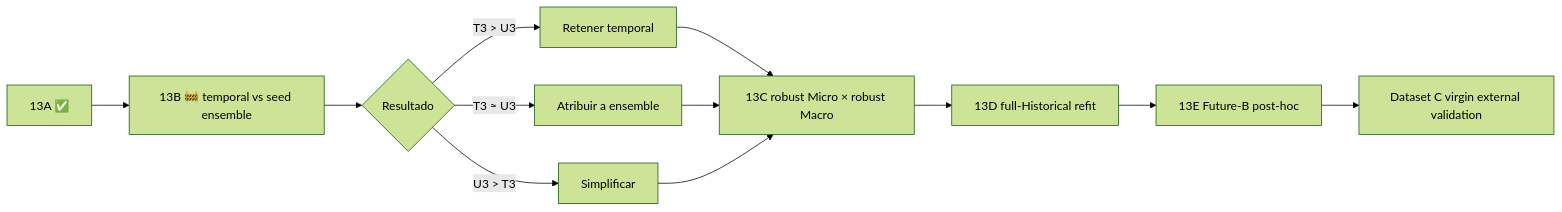
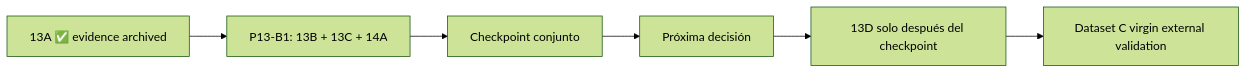
The second of 2 diagrams in docs/EXPERIMENT_MAP.md (a52290451/ltd-attack), drawn with Mermaid (forest theme) before and after one commit. The commit also changed other lines of this file and 19 other files, not shown here.

````diff
--- a/docs/EXPERIMENT_MAP.md
+++ b/docs/EXPERIMENT_MAP.md
@@ -519,14 +534,8 @@
 ```mermaid
 flowchart LR
-    A["13A ✅"] --> B["13B 🚧 temporal vs seed ensemble"]
-    B --> C{"Resultado"}
-    C -- "T3 > U3" --> D["Retener temporal"]
-    C -- "T3 ≈ U3" --> E["Atribuir a ensemble"]
-    C -- "U3 > T3" --> F["Simplificar"]
-    D --> G["13C robust Micro × robust Macro"]
-    E --> G
-    F --> G
-    G --> H["13D full-Historical refit"]
-    H --> I["13E Future-B post-hoc"]
-    I --> J["Dataset C virgin external validation"]
+    A["13A ✅ evidence archived"] --> B["P13-B1: 13B + 13C + 14A"]
+    B --> C["Checkpoint conjunto"]
+    C --> D["Próxima decisión"]
+    D --> E["13D solo después del checkpoint"]
+    E --> F["Dataset C virgin external validation"]
 ```
````
